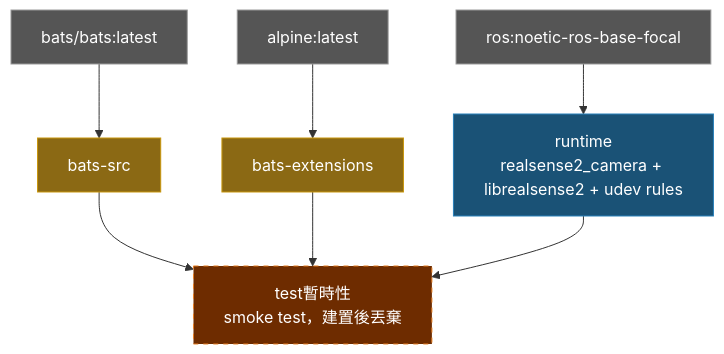
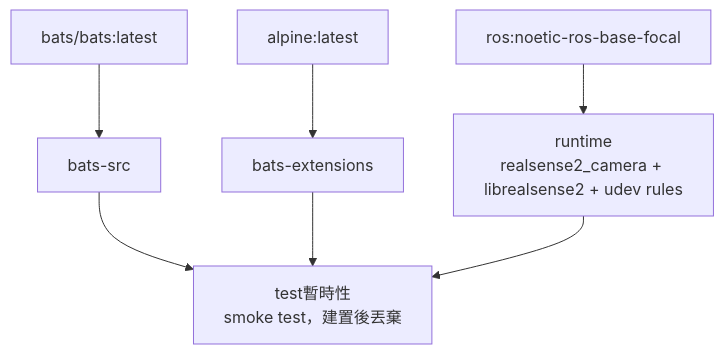
Before and after one commit to ycpss91255-docker/realsense_noetic: the diagram in doc/README.zh-TW.md, drawn with Mermaid. The commit also changed 3 other files, not shown here.

Commit message:
docs: remove mermaid background colors from architecture diagrams (#15)

````diff
--- a/doc/README.zh-TW.md
+++ b/doc/README.zh-TW.md
@@ -88,20 +88,16 @@
 ```mermaid
 graph TD
-    EXT1["bats/bats:latest"]:::external
-    EXT2["alpine:latest"]:::external
-    EXT3["ros:noetic-ros-base-focal"]:::external
+    EXT1["bats/bats:latest"]
+    EXT2["alpine:latest"]
+    EXT3["ros:noetic-ros-base-focal"]
 
-    EXT1 --> bats-src["bats-src"]:::tool
-    EXT2 --> bats-ext["bats-extensions"]:::tool
+    EXT1 --> bats-src["bats-src"]
+    EXT2 --> bats-ext["bats-extensions"]
 
-    EXT3 --> runtime["runtime\nrealsense2_camera + librealsense2 + udev rules"]:::stage
+    EXT3 --> runtime["runtime\nrealsense2_camera + librealsense2 + udev rules"]
 
-    bats-src --> test["test暫時性\nsmoke test，建置後丟棄"]:::ephemeral
+    bats-src --> test["test暫時性\nsmoke test，建置後丟棄"]
     bats-ext --> test
     runtime --> test
 
-    classDef external fill:#555,color:#fff,stroke:#999
-    classDef tool fill:#8B6914,color:#fff,stroke:#c8960c
-    classDef stage fill:#1a5276,color:#fff,stroke:#2980b9
-    classDef ephemeral fill:#6e2c00,color:#fff,stroke:#e67e22,stroke-dasharray:5 5
 ```
````
